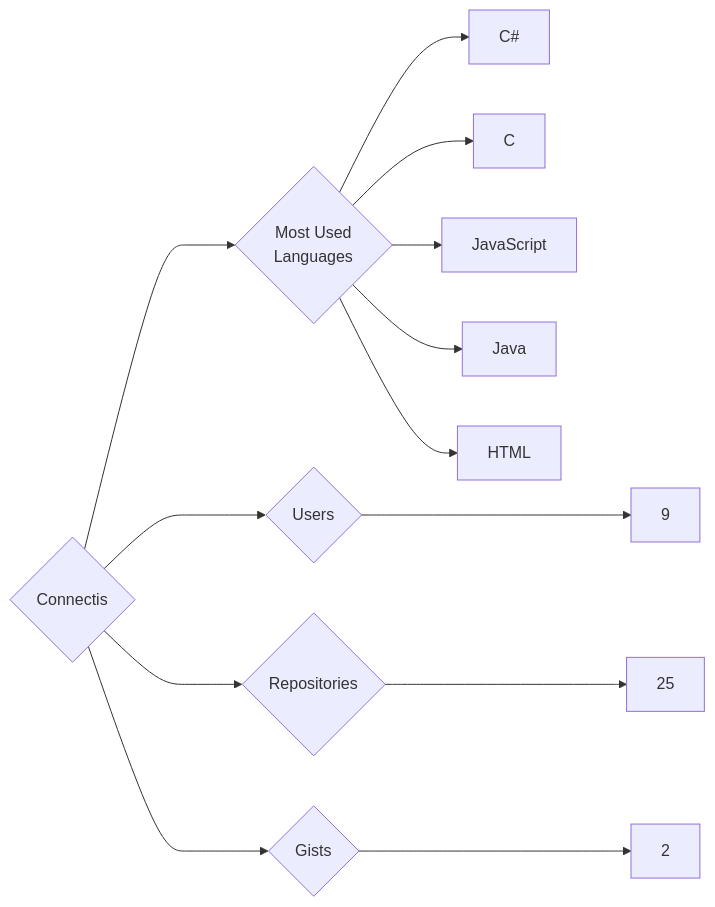
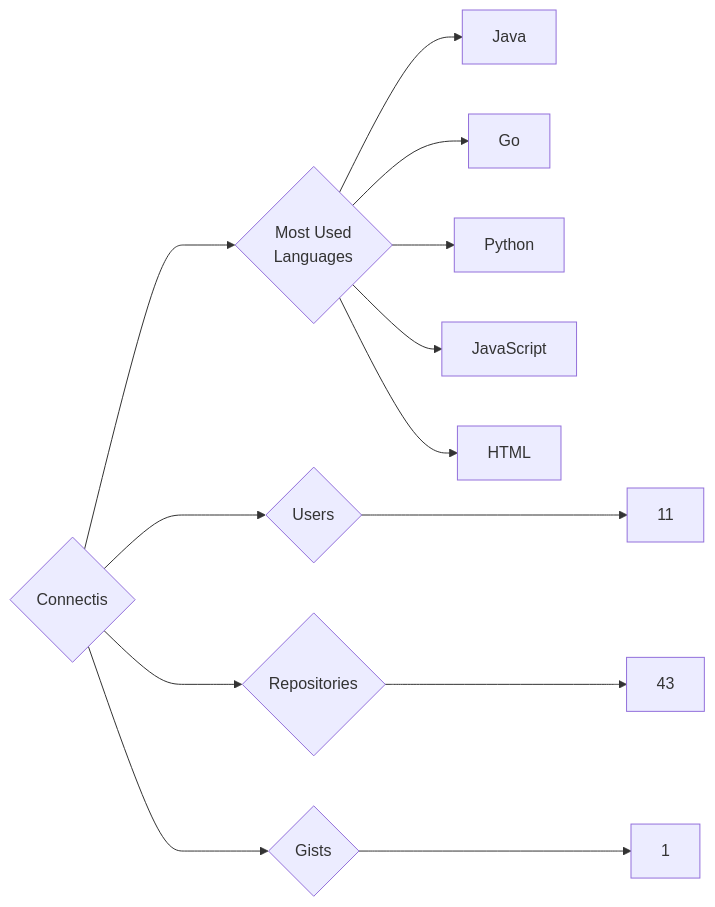
One commit to trickest/insiders changed the diagram in targets/Connectis/README.md. Above: the diagram before and after it, drawn with Mermaid. The commit also changed 984 other files, not shown here.

````diff
--- a/targets/Connectis/README.md
+++ b/targets/Connectis/README.md
@@ -3,13 +3,13 @@
 ```mermaid
 graph LR
 COMPANY_NAME{Connectis}
-COMPANY_NAME ---> U{Users} ---> UN[9]
-COMPANY_NAME ---> R{Repositories} ---> RN[25]
-COMPANY_NAME ---> G{Gists} ---> GN[2]
+COMPANY_NAME ---> U{Users} ---> UN[11]
+COMPANY_NAME ---> R{Repositories} ---> RN[43]
+COMPANY_NAME ---> G{Gists} ---> GN[1]
 COMPANY_NAME ---> ML{Most Used<br>Languages}
-ML --> C#[C#]
-ML --> C[C]
+ML --> Java[Java]
+ML --> Go[Go]
+ML --> Python[Python]
 ML --> JavaScript[JavaScript]
-ML --> Java[Java]
 ML --> HTML[HTML]
 ```
````
